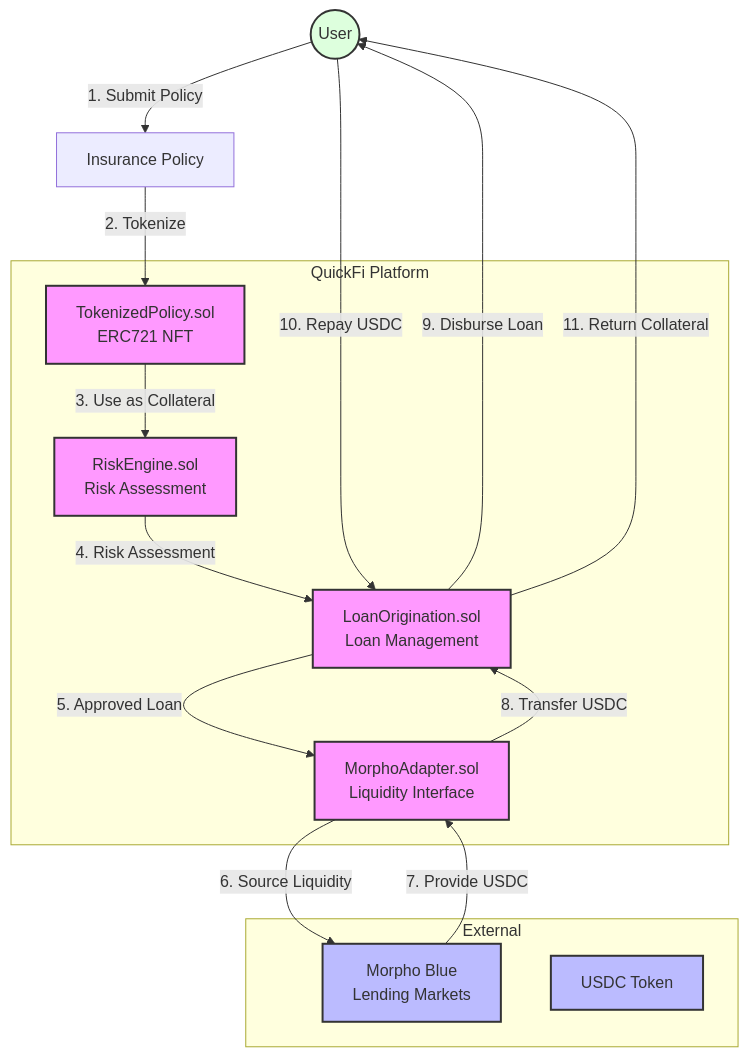
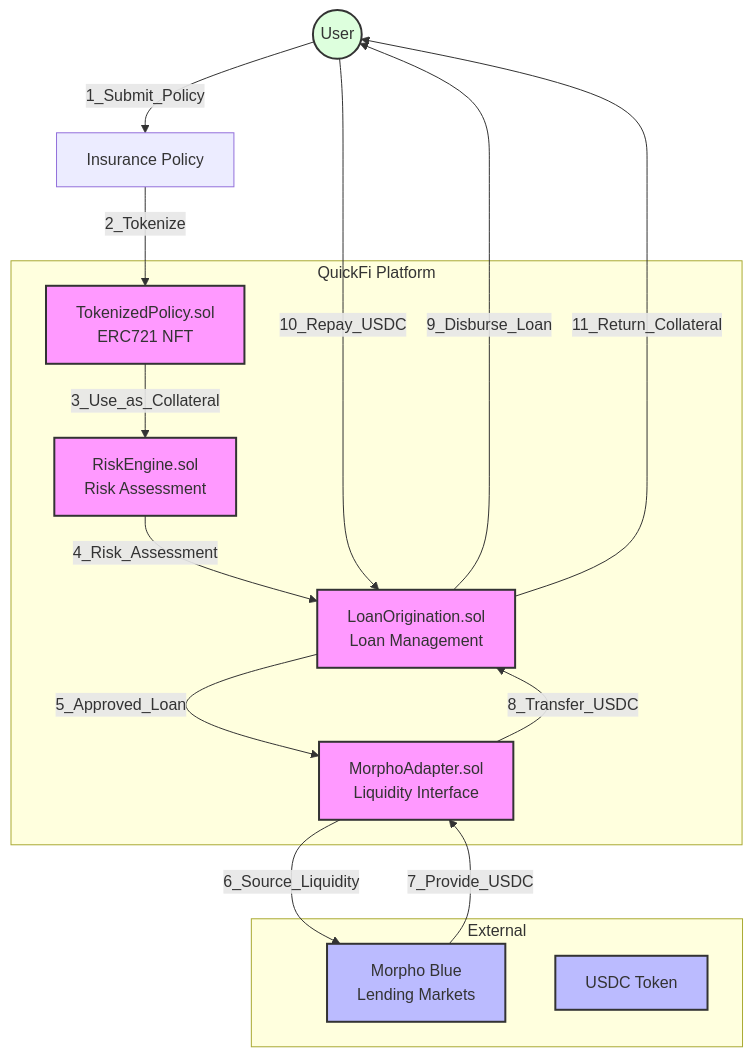
One commit to williamwxz/quickfi changed the diagram in contract/README.md. Above: the diagram before and after it, drawn with Mermaid. The commit also changed other lines of this file and 24 other files, not shown here.

````diff
--- a/contract/README.md
+++ b/contract/README.md
@@ -15,45 +15,45 @@
 ```mermaid
 graph TB
     User((User))
     Policy[Insurance Policy]
     
     subgraph QuickFi Platform
         TP[TokenizedPolicy.sol<br>ERC721 NFT]
         RE[RiskEngine.sol<br>Risk Assessment]
         LO[LoanOrigination.sol<br>Loan Management]
         MA[MorphoAdapter.sol<br>Liquidity Interface]
     end
     
     subgraph External
         MB[Morpho Blue<br>Lending Markets]
         USDC[USDC Token]
     end
     
     %% Tokenization Flow
-    User -->|1. Submit Policy| Policy
-    Policy -->|2. Tokenize| TP
+    User -->|1_Submit_Policy| Policy
+    Policy -->|2_Tokenize| TP
     
     %% Loan Request Flow
-    TP -->|3. Use as Collateral| RE
-    RE -->|4. Risk Assessment| LO
+    TP -->|3_Use_as_Collateral| RE
+    RE -->|4_Risk_Assessment| LO
     
     %% Loan Activation Flow
-    LO -->|5. Approved Loan| MA
-    MA -->|6. Source Liquidity| MB
-    MB -->|7. Provide USDC| MA
-    MA -->|8. Transfer USDC| LO
-    LO -->|9. Disburse Loan| User
+    LO -->|5_Approved_Loan| MA
+    MA -->|6_Source_Liquidity| MB
+    MB -->|7_Provide_USDC| MA
+    MA -->|8_Transfer_USDC| LO
+    LO -->|9_Disburse_Loan| User
     
     %% Repayment Flow
-    User -->|10. Repay USDC| LO
-    LO -->|11. Return Collateral| User
+    User -->|10_Repay_USDC| LO
+    LO -->|11_Return_Collateral| User
     
     %% Styling
     classDef contract fill:#f9f,stroke:#333,stroke-width:2px
     classDef external fill:#bbf,stroke:#333,stroke-width:2px
     classDef user fill:#dfd,stroke:#333,stroke-width:2px
     
     class TP,RE,LO,MA contract
     class MB,USDC external
     class User user
 ```
````
